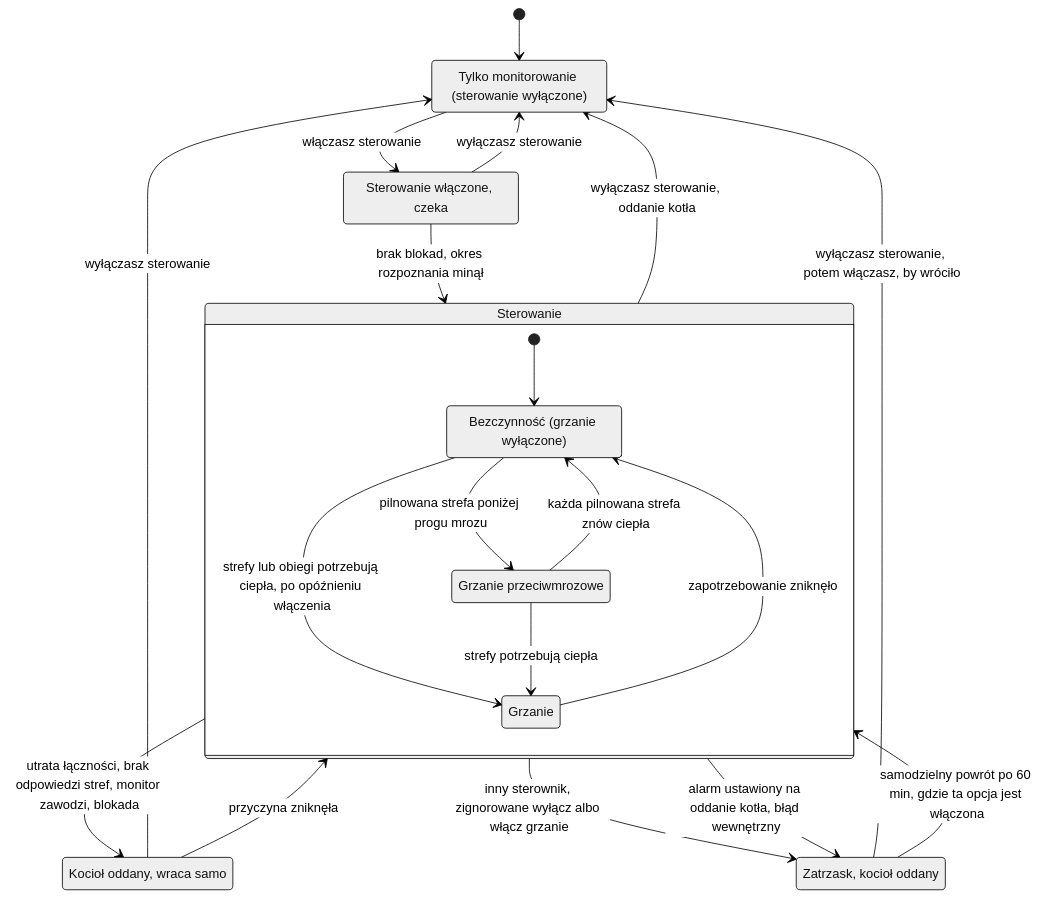
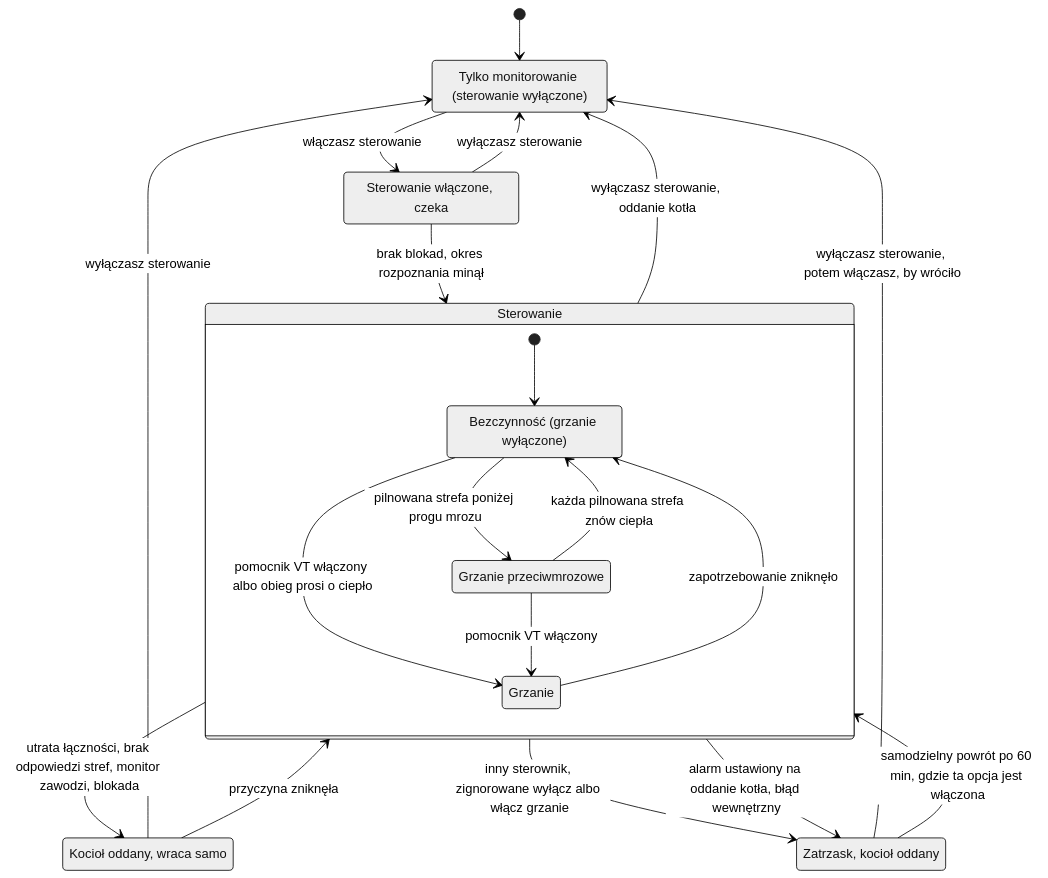
Before and after one commit to Shadow-230/vtherm-smart-boiler: the diagram in docs/pl/user-guide/user-guide.md, drawn with Mermaid (neutral theme). The commit also changed other lines of this file and 46 other files, not shown here.

````diff
--- a/docs/pl/user-guide/user-guide.md
+++ b/docs/pl/user-guide/user-guide.md
@@ -1136,34 +1135,34 @@
 ```mermaid
 stateDiagram-v2
     state "Tylko monitorowanie (sterowanie wyłączone)" as Monitoring
     state "Sterowanie włączone, czeka" as Waiting
     state "Kocioł oddany, wraca samo" as HandedBack
     state "Zatrzask, kocioł oddany" as Latched
     state "Sterowanie" as Controlling
 
     [*] --> Monitoring
     Monitoring --> Waiting: włączasz sterowanie
     Waiting --> Controlling: brak blokad, okres rozpoznania minął
 
     state Controlling {
         state "Bezczynność (grzanie wyłączone)" as Idle
         state "Grzanie" as Heating
         state "Grzanie przeciwmrozowe" as Frost
         [*] --> Idle
-        Idle --> Heating: strefy lub obiegi potrzebują ciepła, po opóźnieniu włączenia
+        Idle --> Heating: pomocnik VT włączony albo obieg prosi o ciepło
         Heating --> Idle: zapotrzebowanie zniknęło
         Idle --> Frost: pilnowana strefa poniżej progu mrozu
         Frost --> Idle: każda pilnowana strefa znów ciepła
-        Frost --> Heating: strefy potrzebują ciepła
+        Frost --> Heating: pomocnik VT włączony
     }
 
     Controlling --> HandedBack: utrata łączności, brak odpowiedzi stref, monitor zawodzi, blokada
     HandedBack --> Controlling: przyczyna zniknęła
     Controlling --> Latched: inny sterownik, zignorowane wyłącz albo włącz grzanie
     Controlling --> Latched: alarm ustawiony na oddanie kotła, błąd wewnętrzny
     Latched --> Controlling: samodzielny powrót po 60 min, gdzie ta opcja jest włączona
     Controlling --> Monitoring: wyłączasz sterowanie, oddanie kotła
     HandedBack --> Monitoring: wyłączasz sterowanie
     Latched --> Monitoring: wyłączasz sterowanie, potem włączasz, by wróciło
     Waiting --> Monitoring: wyłączasz sterowanie
 ```
````
